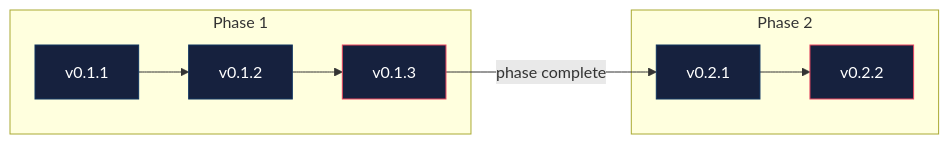
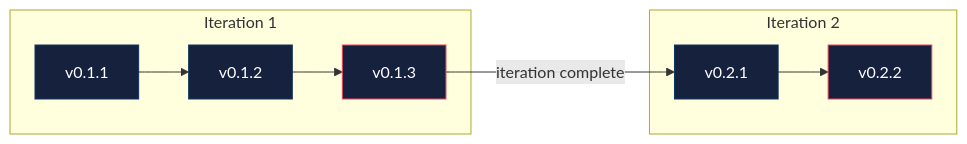
Before and after one commit to gregrossdev/gig: the diagram in README.md, drawn with Mermaid. The commit also changed other lines of this file and 2 other files, not shown here.

First line of the commit message:
refactor(v0.22.4): rename phase→iteration in docs, README, and global CLAUDE.md

````diff
--- a/README.md
+++ b/README.md
@@ -168,16 +168,16 @@
 ```mermaid
 graph LR
-    subgraph "Phase 1"
+    subgraph "Iteration 1"
         A["v0.1.1"] --> B["v0.1.2"] --> C["v0.1.3"]
     end
-    subgraph "Phase 2"
+    subgraph "Iteration 2"
         D["v0.2.1"] --> E["v0.2.2"]
     end
-    C -->|"phase complete"| D
+    C -->|"iteration complete"| D
 
     style A fill:#16213e,stroke:#0f3460,color:#fff
     style B fill:#16213e,stroke:#0f3460,color:#fff
     style C fill:#16213e,stroke:#e94560,color:#fff
     style D fill:#16213e,stroke:#0f3460,color:#fff
     style E fill:#16213e,stroke:#e94560,color:#fff
 ```
````
